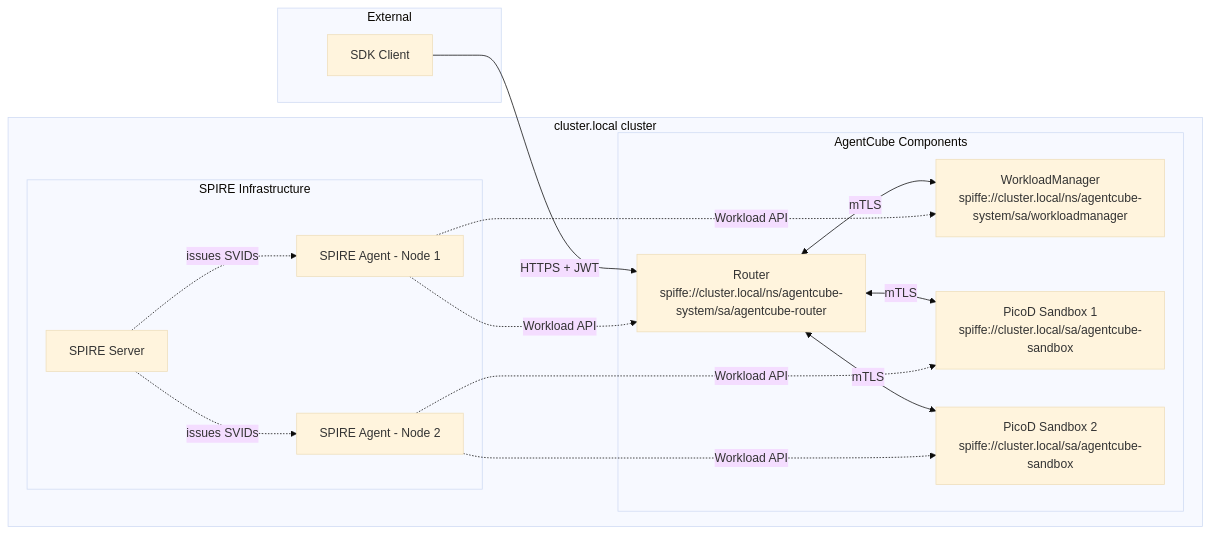
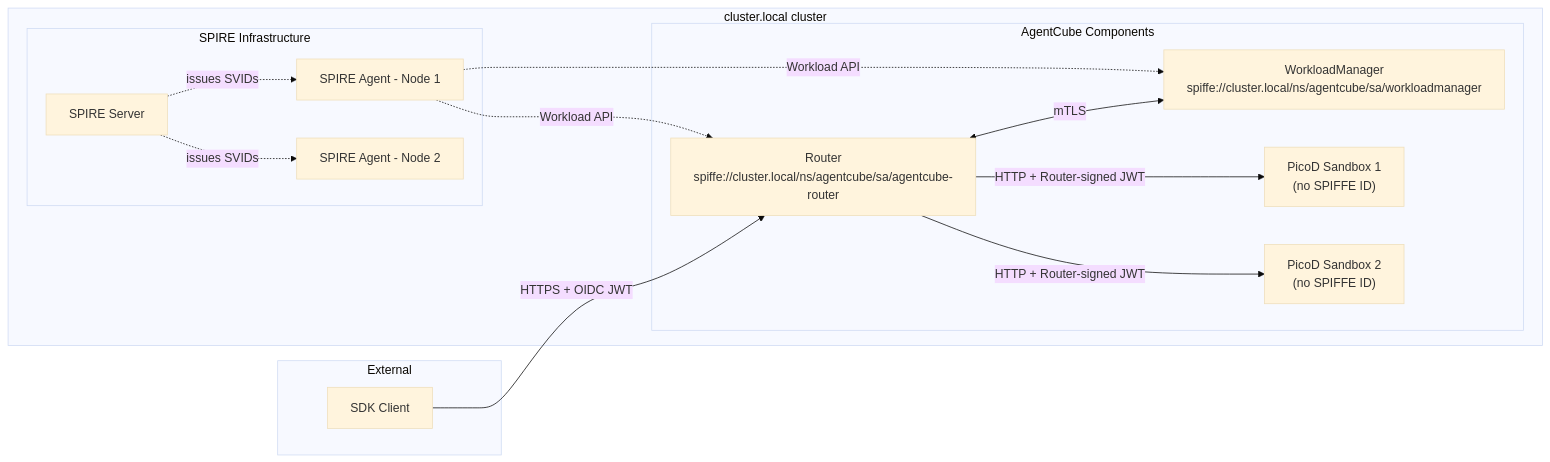
The first of 3 diagrams in docs/design/auth-proposal.md (volcano-sh/agentcube), drawn with Mermaid (base theme) before and after one commit. The commit also changed other lines of this file, not shown here.

````diff
--- a/docs/design/auth-proposal.md
+++ b/docs/design/auth-proposal.md
@@ -435,33 +401,31 @@
 ```mermaid
 graph LR
     subgraph External
         SDK[SDK Client]
     end
 
     subgraph "cluster.local cluster"
         subgraph "SPIRE Infrastructure"
             SS[SPIRE Server]
             SA1[SPIRE Agent - Node 1]
             SA2[SPIRE Agent - Node 2]
         end
 
         subgraph "AgentCube Components"
-            R["Router<br/>spiffe://cluster.local/ns/agentcube-system/sa/agentcube-router"]
-            WM["WorkloadManager<br/>spiffe://cluster.local/ns/agentcube-system/sa/workloadmanager"]
-            P1["PicoD Sandbox 1<br/>spiffe://cluster.local/sa/agentcube-sandbox"]
-            P2["PicoD Sandbox 2<br/>spiffe://cluster.local/sa/agentcube-sandbox"]
+            R["Router<br/>spiffe://cluster.local/ns/agentcube/sa/agentcube-router"]
+            WM["WorkloadManager<br/>spiffe://cluster.local/ns/agentcube/sa/workloadmanager"]
+            P1["PicoD Sandbox 1<br/>(no SPIFFE ID)"]
+            P2["PicoD Sandbox 2<br/>(no SPIFFE ID)"]
         end
     end
 
     SS -.->|issues SVIDs| SA1
     SS -.->|issues SVIDs| SA2
     SA1 -.->|Workload API| R
     SA1 -.->|Workload API| WM
-    SA2 -.->|Workload API| P1
-    SA2 -.->|Workload API| P2
 
-    SDK -->|"HTTPS + JWT"| R
+    SDK -->|"HTTPS + OIDC JWT"| R
     R <-->|mTLS| WM
-    R <-->|mTLS| P1
-    R <-->|mTLS| P2
+    R -->|"HTTP + Router-signed JWT"| P1
+    R -->|"HTTP + Router-signed JWT"| P2
 ```
````
